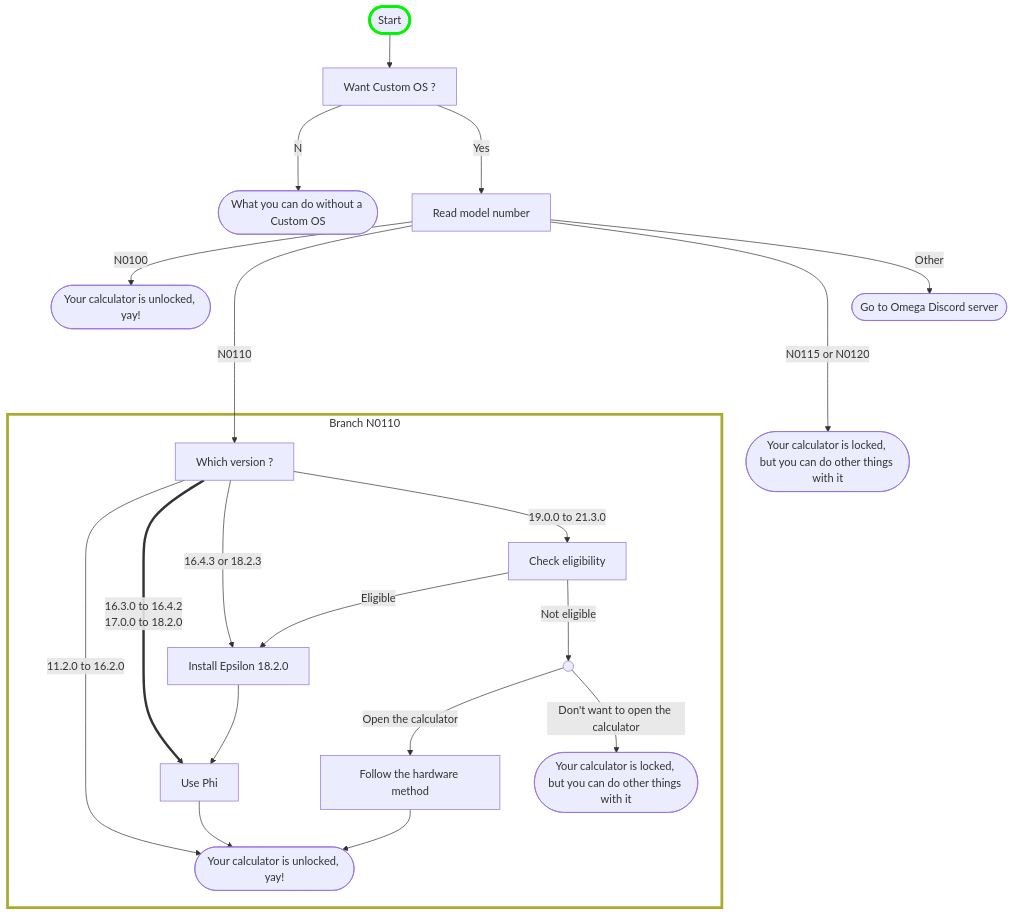
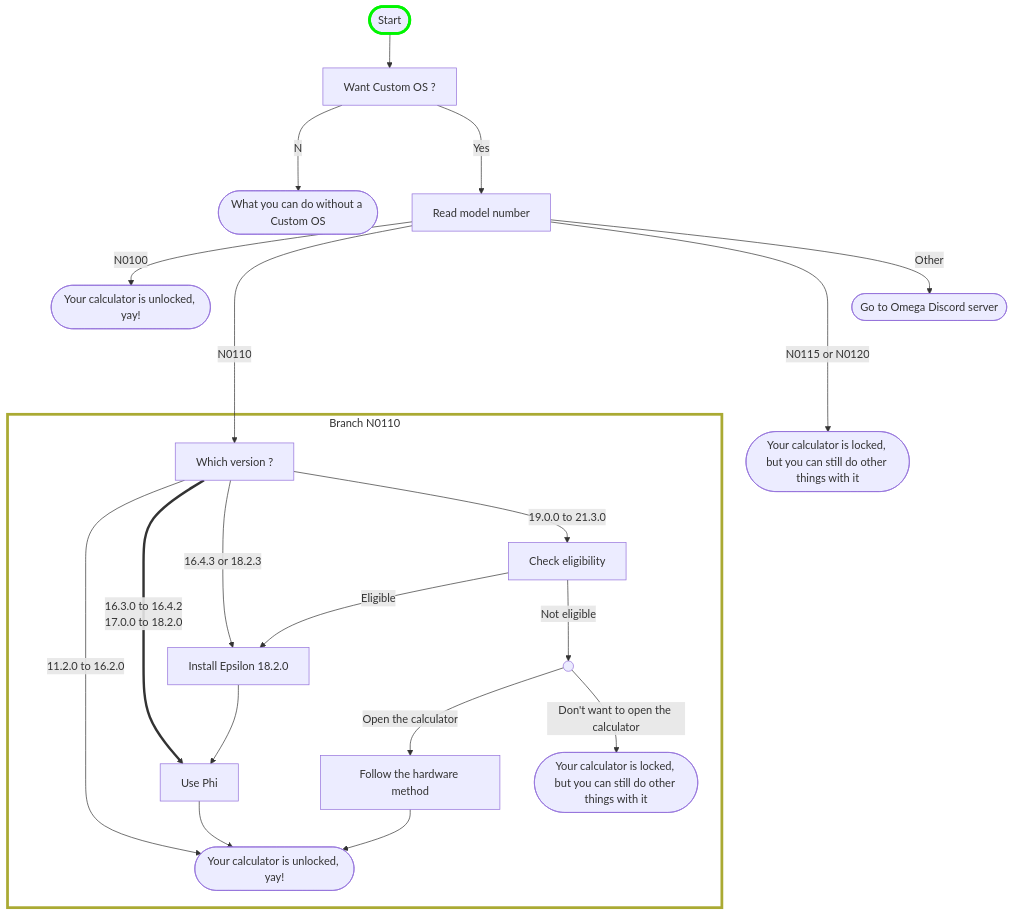
One commit to Omega-Numworks/Omega-Guide changed the diagram in docs/flowchart.md. Above: the diagram before and after it, drawn with Mermaid. The commit also changed 1 other file, not shown here.

Commit message:
changed a bunch of things

````diff
--- a/docs/flowchart.md
+++ b/docs/flowchart.md
@@ -9,49 +9,49 @@
 ```mermaid
 flowchart TD
     calc_unlocked([Your calculator is unlocked, yay!])
     calc_locked_no_modif([What you can do without a Custom OS])
     start([Start]) --> want_cfw[Want Custom OS ?]
     style start stroke:#00f500,stroke-width:4px
     want_cfw --No--> calc_locked_no_modif
     want_cfw --->|Yes| model_number[Read model number]
     
     
     model_number --N0100--> calc_unlocked
     model_number ---->|N0110| check_version_n0110
     model_number ---->|N0115 or N0120| calc_locked_new_calcs
     model_number --Other--> goto_discord([Go to Omega Discord server])
 
     click model_number "./intro"
     click calc_locked_no_modif "./unlock/what-to-do-locked"
     click calc_unlocked "./cfw/choose-a-cfw"
     click goto_discord "https://discord.gg/X2TWhh9"
 
     subgraph n0110 [Branch N0110]
     style n0110 fill:transparent,stroke-width:4px
-    calc_locked_n0110([Your calculator is locked, but you can do other things with it])
+    calc_locked_n0110([Your calculator is locked, but you can still do other things with it])
     calc_unlocked_n0110([Your calculator is unlocked, yay!])
     check_version_n0110[Which version ?]
     check_version_n0110 --11.2.0 to 16.2.0--> calc_unlocked_n0110
     check_version_n0110 ==16.3.0 to 16.4.2\n17.0.0 to 18.2.0==> phi[Use Phi]
     check_version_n0110 --16.4.3 or 18.2.3--> install_18_2_0[Install Epsilon 18.2.0]
     check_version_n0110 --19.0.0 to 21.3.0--> downgrade_check[Check eligibility]
     downgrade_check --Eligible--> install_18_2_0
     downgrade_check --Not eligible--> downgrade_fail(( )) --Open the calculator--> hardware_method[Follow the hardware method]
     downgrade_fail --Don't want to open the calculator--> calc_locked_n0110
     install_18_2_0 --> phi
     phi & hardware_method --> calc_unlocked_n0110
 
     click check_version_n0110 "./unlock/n0110-is-locked"
     click downgrade_check "./unlock/phi/check-version-change-eligibility"
     click install_18_2_0 "./unlock/phi/install-epsilon-18-2-0"
     click phi "./unlock/phi"
     click hardware_method "./unlock/hardware/n0110-hardware-unlock"
     click calc_locked_n0110 "./what-to-do-locked"
     click calc_unlocked_n0110 "./cfw/choose-a-cfw"
 
     end
 
-    calc_locked_new_calcs([Your calculator is locked, but you can do other things with it])
+    calc_locked_new_calcs([Your calculator is locked, but you can still do other things with it])
 
     click calc_locked_new_calcs "./unlock/what-to-do-locked"
 ```
````
